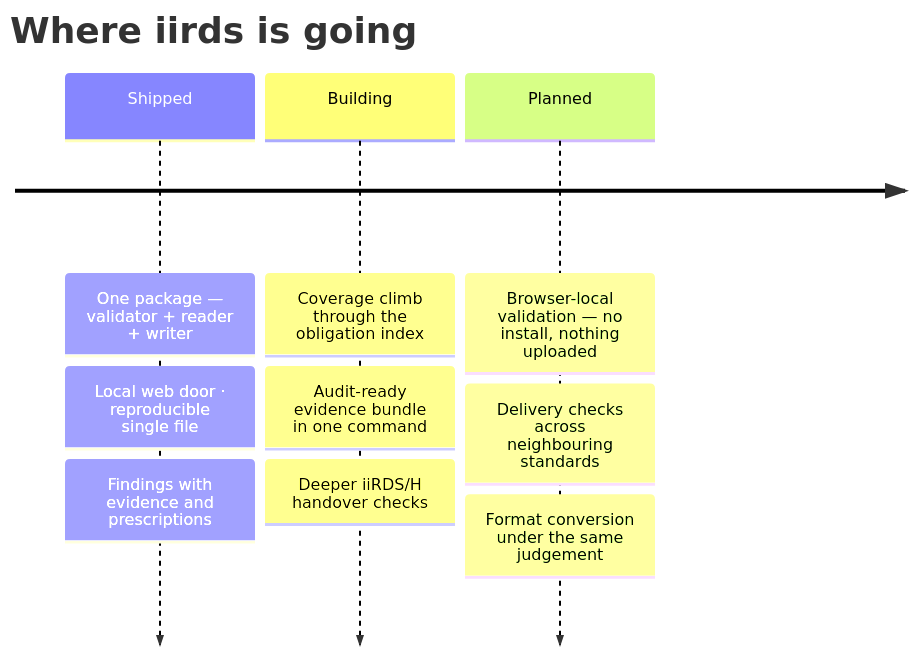
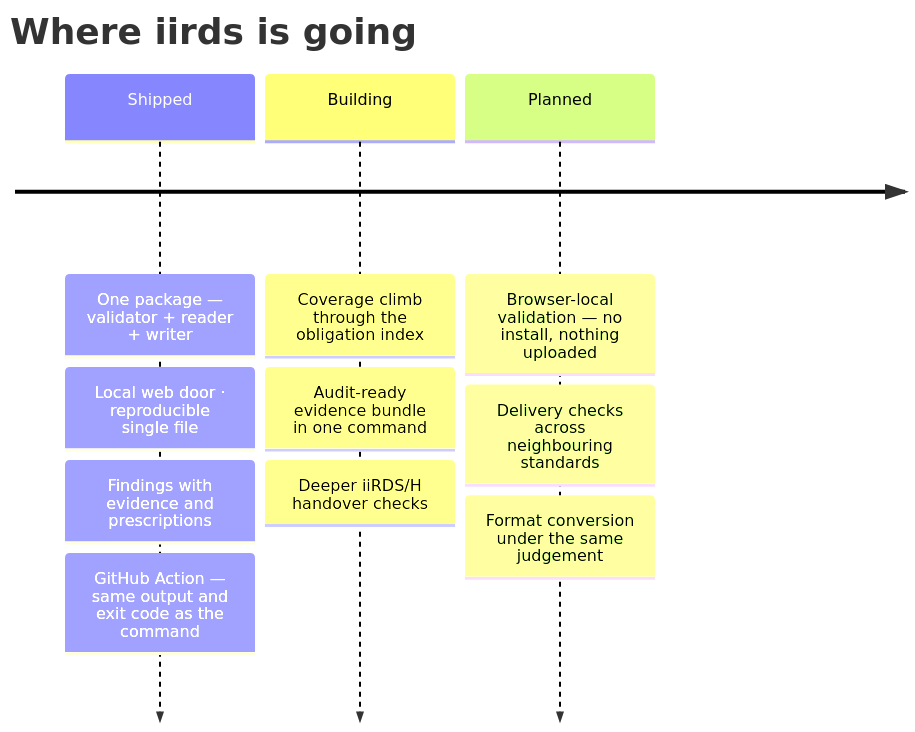
The second of 2 diagrams in README.md (dev365code/iirds-validate), drawn with Mermaid before and after one commit. The commit also changed 1 other file, not shown here.

Commit message:
Put the GitHub Action in the roadmap's Shipped column
The action shipped and the capabilities data marks it done, but the
roadmap's timeline still listed only the other entrances. A test now
places every entrance the data names in the column the data gives it,
so the timeline cannot fall behind the data again.

````diff
--- a/README.md
+++ b/README.md
@@ -277,13 +277,14 @@
 ```mermaid
 timeline
     title Where iirds is going
     Shipped : One package — validator + reader + writer
             : Local web door · reproducible single file
             : Findings with evidence and prescriptions
+            : GitHub Action — same output and exit code as the command
     Building : Coverage climb through the obligation index
              : Audit-ready evidence bundle in one command
              : Deeper iiRDS/H handover checks
     Planned : Browser-local validation — no install, nothing uploaded
             : Delivery checks across neighbouring standards
             : Format conversion under the same judgement
 ```
````
